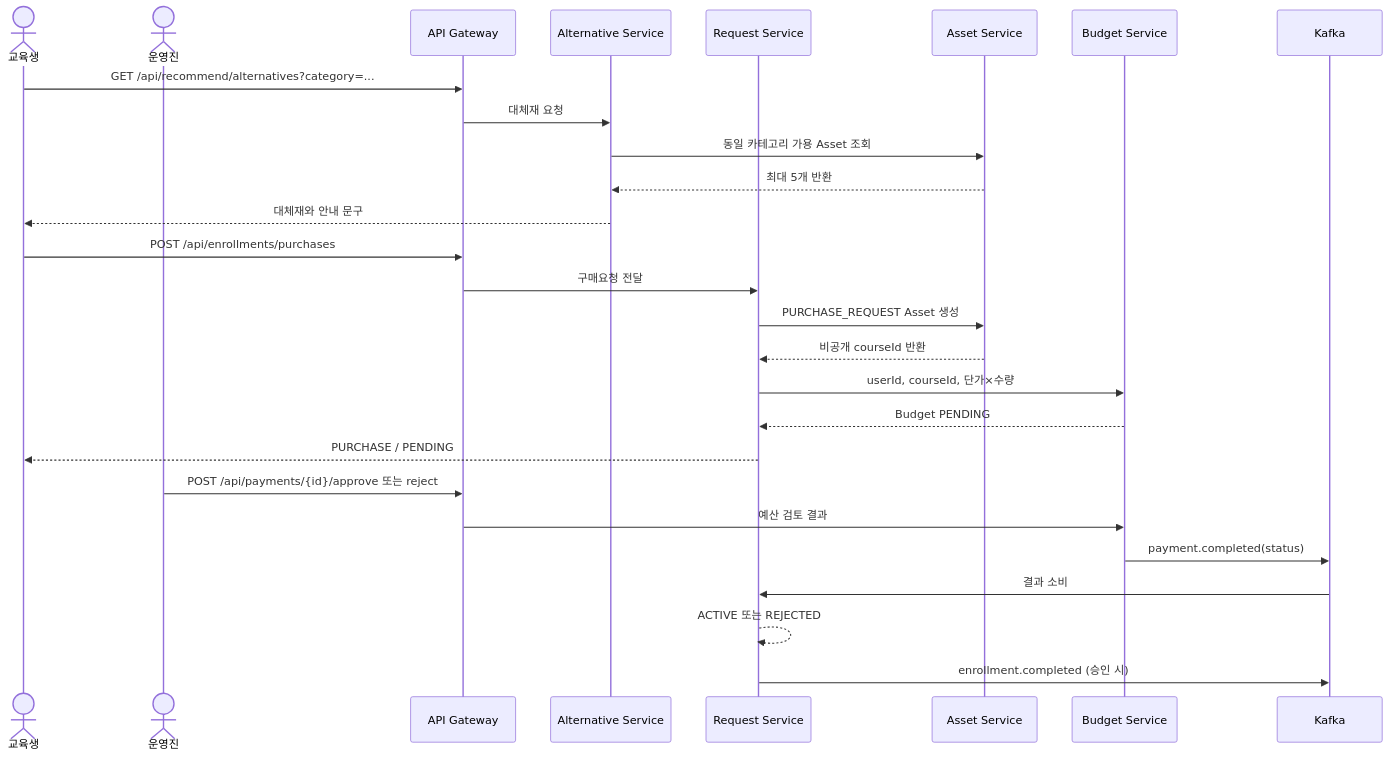
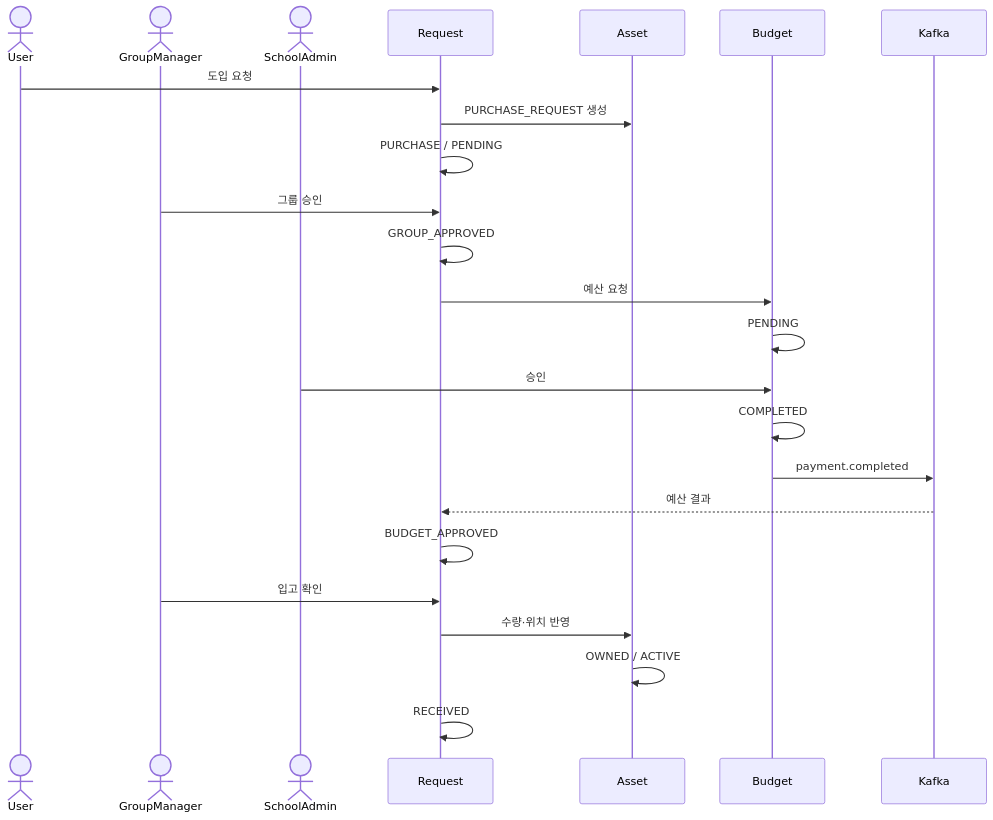
The third of 5 diagrams in docs/agile/05_ARCHITECTURE_AND_ERD.md (kimgwang-hyeon/msa-lecture), drawn with Mermaid before and after one commit. The commit also changed other lines of this file and 37 other files, not shown here.

````diff
--- a/docs/agile/05_ARCHITECTURE_AND_ERD.md
+++ b/docs/agile/05_ARCHITECTURE_AND_ERD.md
@@ -180,32 +207,27 @@
-```mermaid
+~~~mermaid
 sequenceDiagram
-    actor Student as 교육생
-    actor Operator as 운영진
-    participant GW as API Gateway
-    participant AL as Alternative Service
-    participant RQ as Request Service
-    participant AS as Asset Service
-    participant BG as Budget Service
-    participant KF as Kafka
+    actor User
+    actor GroupManager
+    actor SchoolAdmin
+    participant Request
+    participant Asset
+    participant Budget
+    participant Kafka
 
-    Student->>GW: GET /api/recommend/alternatives?category=...
-    GW->>AL: 대체재 요청
-    AL->>AS: 동일 카테고리 가용 Asset 조회
-    AS-->>AL: 최대 5개 반환
-    AL-->>Student: 대체재와 안내 문구
-
-    Student->>GW: POST /api/enrollments/purchases
-    GW->>RQ: 구매요청 전달
-    RQ->>AS: PURCHASE_REQUEST Asset 생성
-    AS-->>RQ: 비공개 courseId 반환
-    RQ->>BG: userId, courseId, 단가×수량
-    BG-->>RQ: Budget PENDING
-    RQ-->>Student: PURCHASE / PENDING
-
-    Operator->>GW: POST /api/payments/{id}/approve 또는 reject
-    GW->>BG: 예산 검토 결과
-    BG->>KF: payment.completed(status)
-    KF->>RQ: 결과 소비
-    RQ-->>RQ: ACTIVE 또는 REJECTED
-    RQ->>KF: enrollment.completed (승인 시)
-```
+    User->>Request: 도입 요청
+    Request->>Asset: PURCHASE_REQUEST 생성
+    Request->>Request: PURCHASE / PENDING
+    GroupManager->>Request: 그룹 승인
+    Request->>Request: GROUP_APPROVED
+    Request->>Budget: 예산 요청
+    Budget->>Budget: PENDING
+    SchoolAdmin->>Budget: 승인
+    Budget->>Budget: COMPLETED
+    Budget->>Kafka: payment.completed
+    Kafka-->>Request: 예산 결과
+    Request->>Request: BUDGET_APPROVED
+    GroupManager->>Request: 입고 확인
+    Request->>Asset: 수량·위치 반영
+    Asset->>Asset: OWNED / ACTIVE
+    Request->>Request: RECEIVED
+~~~
````
